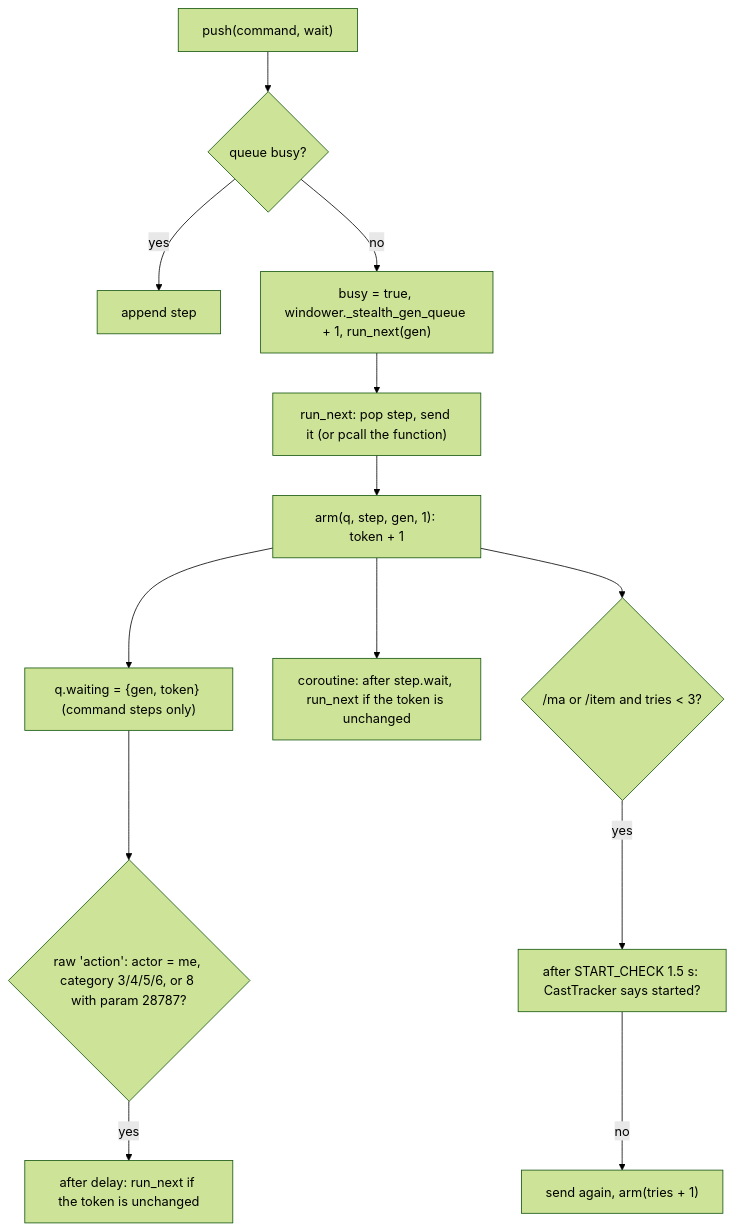
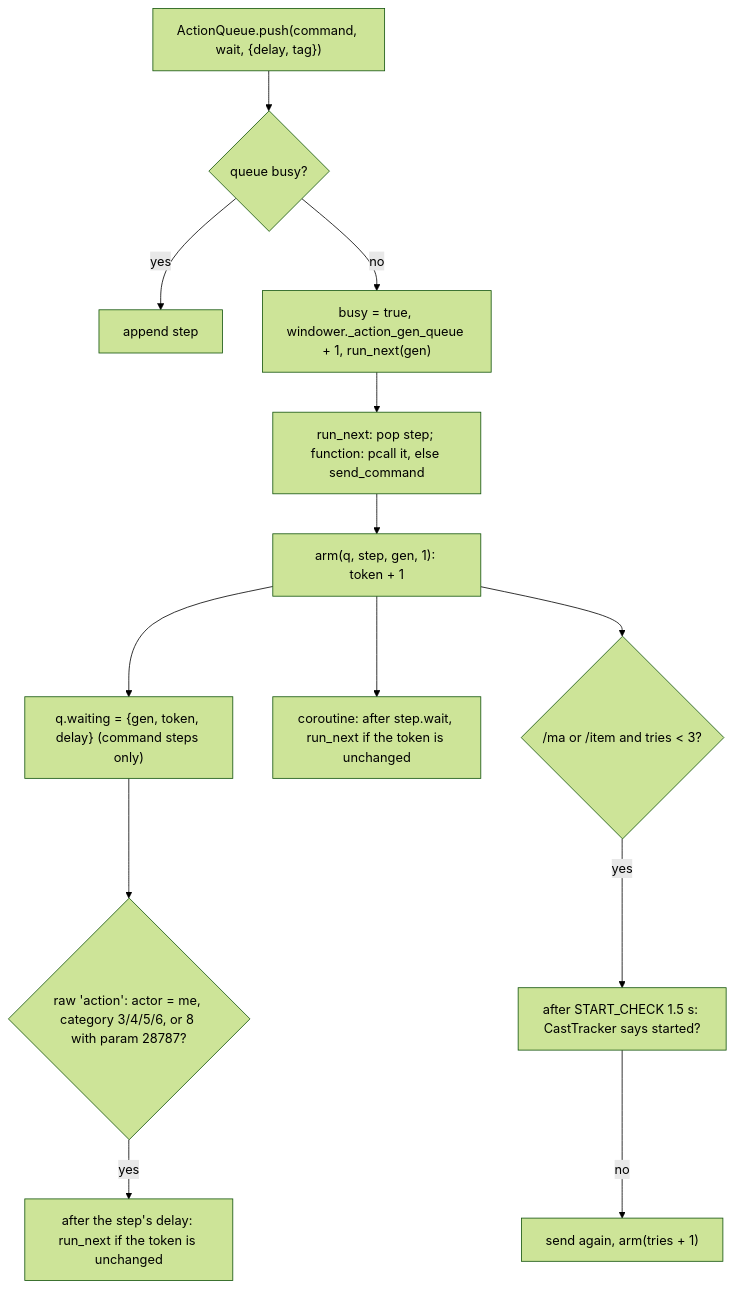
One commit to ejouanchicot/Gearswap changed the second of 2 diagrams in docs/dev/systems/stealth.md. Above: the diagram before and after it, drawn with Mermaid (forest theme). The commit also changed other lines of this file and 14 other files, not shown here.

Commit message:
docs: //gs c cleanse and the shared action queue

````diff
--- a/docs/dev/systems/stealth.md
+++ b/docs/dev/systems/stealth.md
@@ -104,15 +107,15 @@
 ```mermaid
 flowchart TD
-    P["push(command, wait)"] --> B{"queue busy?"}
+    P["ActionQueue.push(command, wait, {delay, tag})"] --> B{"queue busy?"}
     B -- yes --> A["append step"]
-    B -- no --> G["busy = true, windower._stealth_gen_queue + 1, run_next(gen)"]
-    G --> R["run_next: pop step, send it (or pcall the function)"]
+    B -- no --> G["busy = true, windower._action_gen_queue + 1, run_next(gen)"]
+    G --> R["run_next: pop step; function: pcall it, else send_command"]
     R --> AR["arm(q, step, gen, 1): token + 1"]
-    AR --> W["q.waiting = {gen, token} (command steps only)"]
+    AR --> W["q.waiting = {gen, token, delay} (command steps only)"]
     AR --> F["coroutine: after step.wait, run_next if the token is unchanged"]
     AR --> C{"/ma or /item and tries < 3?"}
     C -- yes --> CK["after START_CHECK 1.5 s: CastTracker says started?"]
     CK -- no --> RS["send again, arm(tries + 1)"]
     W --> E{"raw 'action': actor = me, category 3/4/5/6, or 8 with param 28787?"}
-    E -- yes --> D["after delay: run_next if the token is unchanged"]
+    E -- yes --> D["after the step's delay: run_next if the token is unchanged"]
 ```
````
